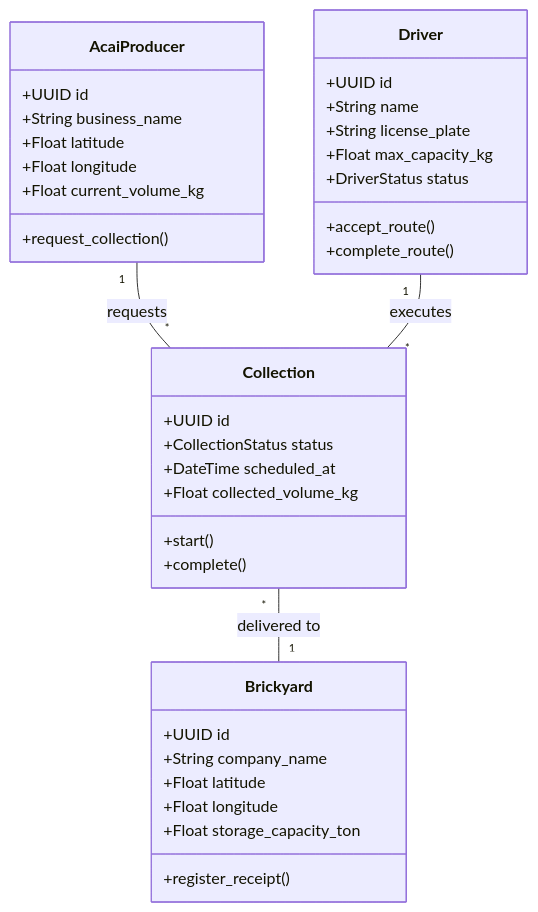
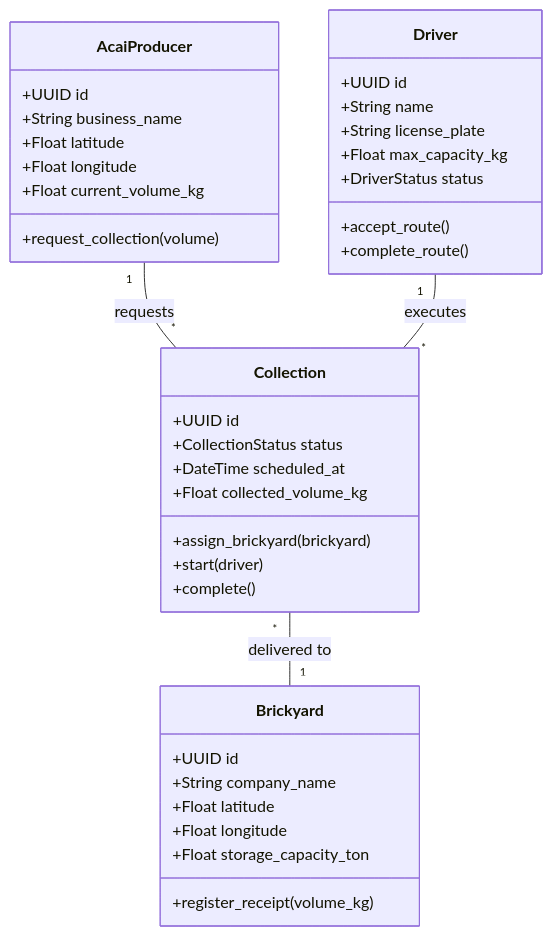
Before and after one commit to MCTHIAS/acailoop: the first of 2 diagrams in README.md, drawn with Mermaid. The commit also changed other lines of this file, not shown here.

Commit message:
docs: rewrite README to reflect 4-stage collection flow and full feature set

````diff
--- a/README.md
+++ b/README.md
@@ -80,43 +83,44 @@
 ```mermaid
 classDiagram
     class AcaiProducer {
         +UUID id
         +String business_name
         +Float latitude
         +Float longitude
         +Float current_volume_kg
-        +request_collection()
+        +request_collection(volume)
     }
 
     class Driver {
         +UUID id
         +String name
         +String license_plate
         +Float max_capacity_kg
         +DriverStatus status
         +accept_route()
         +complete_route()
     }
 
     class Brickyard {
         +UUID id
         +String company_name
         +Float latitude
         +Float longitude
         +Float storage_capacity_ton
-        +register_receipt()
+        +register_receipt(volume_kg)
     }
 
     class Collection {
         +UUID id
         +CollectionStatus status
         +DateTime scheduled_at
         +Float collected_volume_kg
-        +start()
+        +assign_brickyard(brickyard)
+        +start(driver)
         +complete()
     }
 
     AcaiProducer "1" -- "*" Collection : requests
     Driver "1" -- "*" Collection : executes
     Collection "*" -- "1" Brickyard : delivered to
 ```
````
